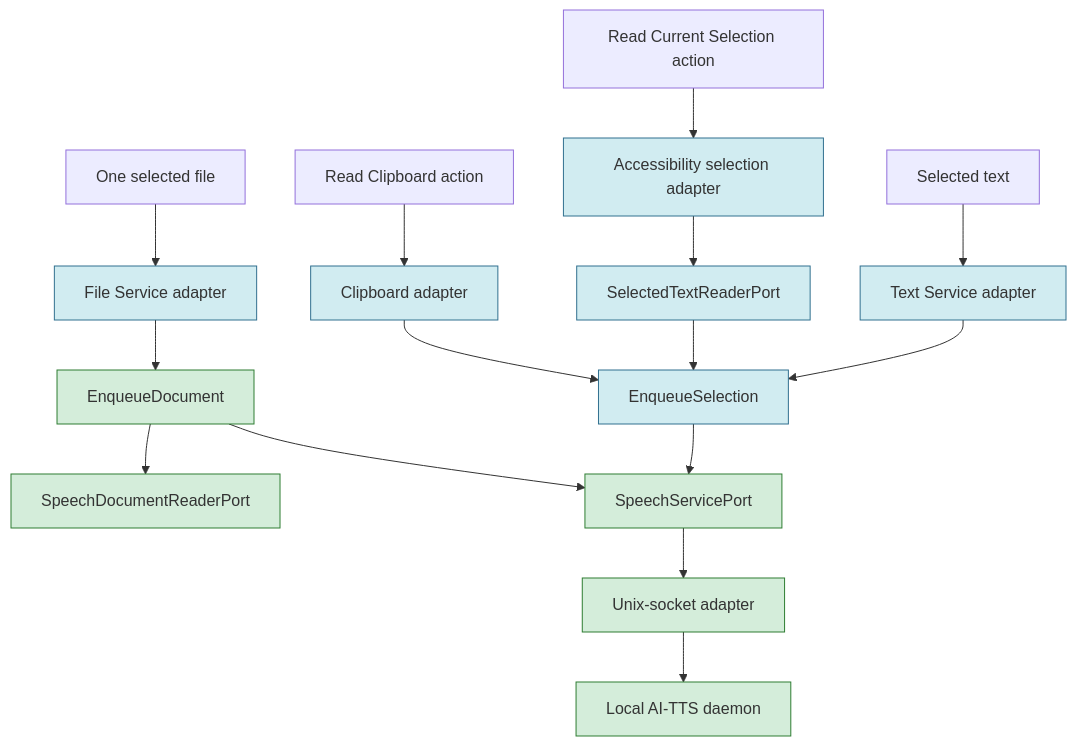
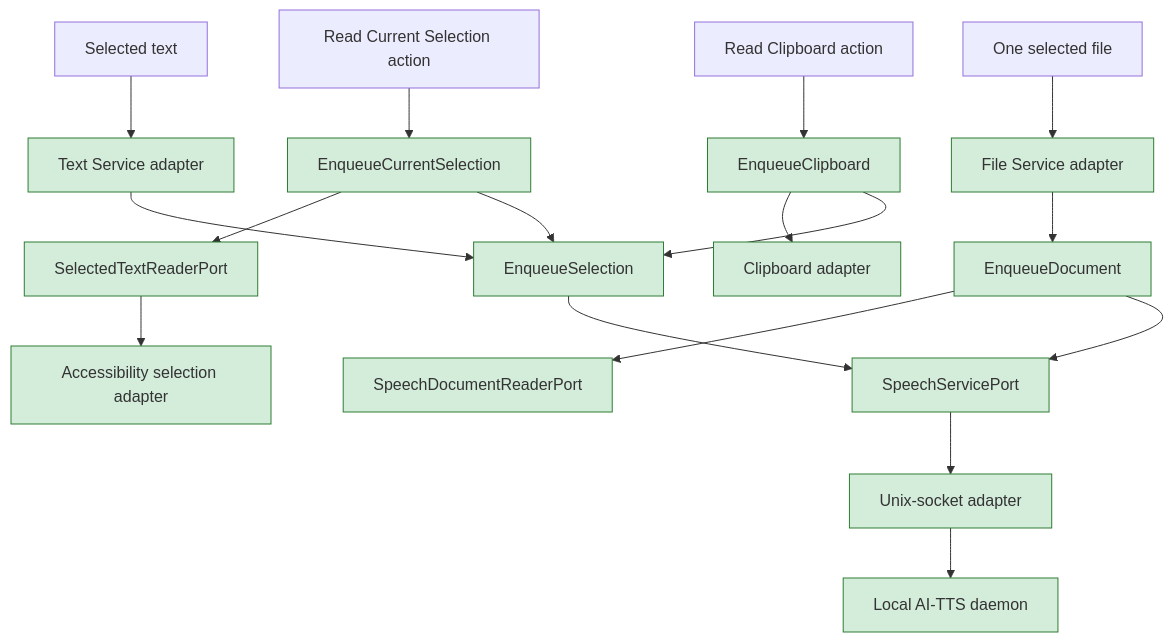
The diagram in docs/design/os-integration.md (flyingrobots/AI-TTS), drawn with Mermaid before and after one commit. The commit also changed other lines of this file and 10 other files, not shown here.

First line of the commit message:
feat(macos): wire selection and clipboard actions

````diff
--- a/docs/design/os-integration.md
+++ b/docs/design/os-integration.md
@@ -119,31 +119,39 @@
 ```mermaid
 flowchart TD
     TEXT["Selected text"] --> TEXTSERVICE["Text Service adapter"]
-    MENU["Read Current Selection action"] --> AX["Accessibility selection adapter"]
-    CLIPBOARD["Read Clipboard action"] --> CLIPBOARDADAPTER["Clipboard adapter"]
+    MENU["Read Current Selection action"]
+    AX["Accessibility selection adapter"]
+    CLIPBOARD["Read Clipboard action"]
+    CLIPBOARDADAPTER["Clipboard adapter"]
     FILE["One selected file"] --> FILESERVICE["File Service adapter"]
 
     TEXTSERVICE --> SELECTION["EnqueueSelection"]
-    AX --> SELECTEDPORT["SelectedTextReaderPort"]
-    SELECTEDPORT --> SELECTION
-    CLIPBOARDADAPTER --> SELECTION
+    MENU --> CURRENTUSE["EnqueueCurrentSelection"]
+    CURRENTUSE --> SELECTEDPORT["SelectedTextReaderPort"]
+    SELECTEDPORT --> AX
+    CURRENTUSE --> SELECTION
+    CLIPBOARD --> CLIPUSE["EnqueueClipboard"]
+    CLIPUSE --> CLIPBOARDADAPTER
+    CLIPUSE --> SELECTION
     FILESERVICE --> DOCUMENT["EnqueueDocument"]
     DOCUMENT --> READER["SpeechDocumentReaderPort"]
 
     SELECTION --> SPEECH["SpeechServicePort"]
     DOCUMENT --> SPEECH
     SPEECH --> SOCKET["Unix-socket adapter"]
     SOCKET --> DAEMON["Local AI-TTS daemon"]
 
     style DOCUMENT fill:#d4edda,stroke:#2e7d32
     style READER fill:#d4edda,stroke:#2e7d32
     style SPEECH fill:#d4edda,stroke:#2e7d32
     style SOCKET fill:#d4edda,stroke:#2e7d32
     style DAEMON fill:#d4edda,stroke:#2e7d32
-    style TEXTSERVICE fill:#d1ecf1,stroke:#31708f
-    style AX fill:#d1ecf1,stroke:#31708f
-    style CLIPBOARDADAPTER fill:#d1ecf1,stroke:#31708f
-    style FILESERVICE fill:#d1ecf1,stroke:#31708f
-    style SELECTION fill:#d1ecf1,stroke:#31708f
-    style SELECTEDPORT fill:#d1ecf1,stroke:#31708f
+    style TEXTSERVICE fill:#d4edda,stroke:#2e7d32
+    style AX fill:#d4edda,stroke:#2e7d32
+    style CLIPBOARDADAPTER fill:#d4edda,stroke:#2e7d32
+    style FILESERVICE fill:#d4edda,stroke:#2e7d32
+    style SELECTION fill:#d4edda,stroke:#2e7d32
+    style SELECTEDPORT fill:#d4edda,stroke:#2e7d32
+    style CURRENTUSE fill:#d4edda,stroke:#2e7d32
+    style CLIPUSE fill:#d4edda,stroke:#2e7d32
 ```
````
